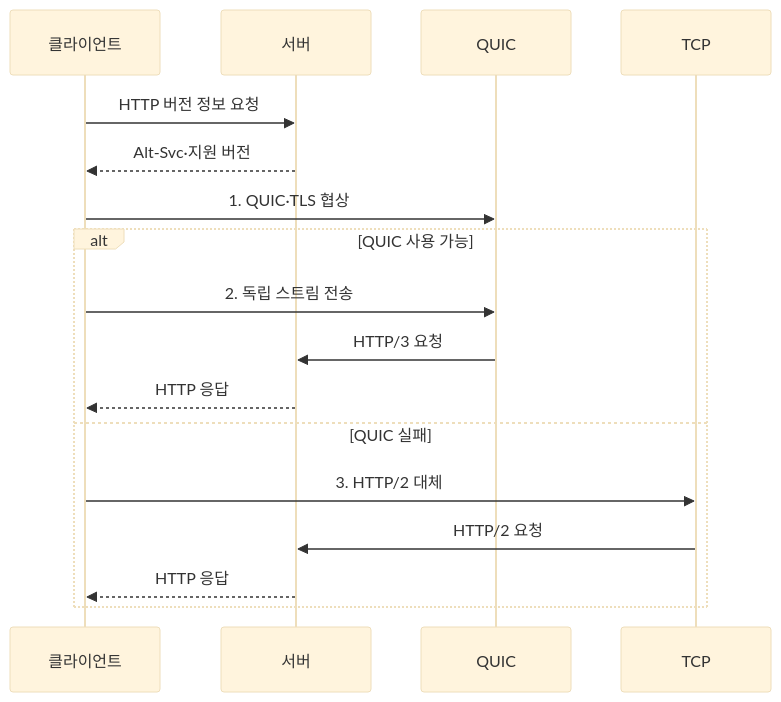
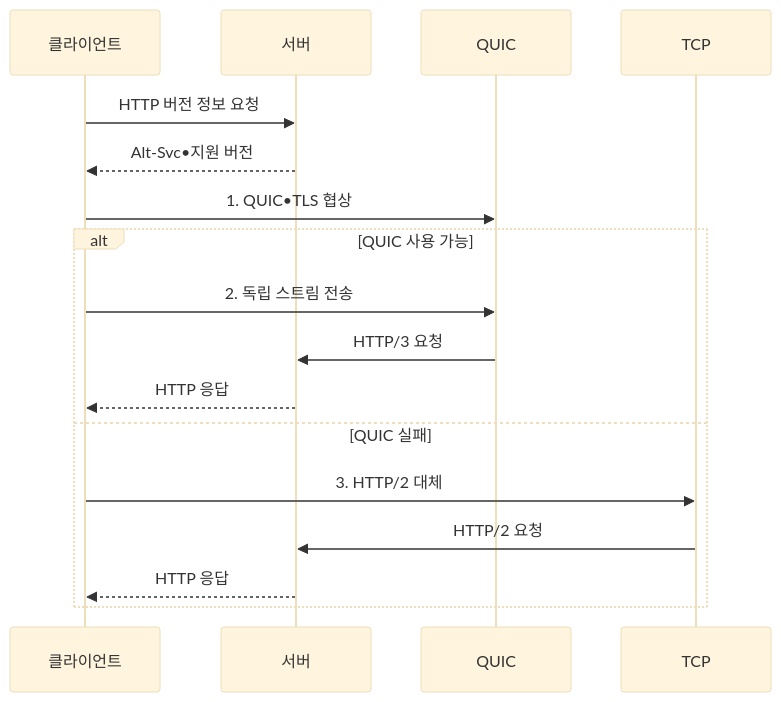
Before and after one commit to agnusdei1207/knowledge-base: the second of 2 diagrams in src/content/docs/notes/04-network/108_http2_http3_comparison.md, drawn with Mermaid (base theme). The commit also changed other lines of this file and 953 other files, not shown here.

````diff
--- a/src/content/docs/notes/04-network/108_http2_http3_comparison.md
+++ b/src/content/docs/notes/04-network/108_http2_http3_comparison.md
@@ -106,19 +106,19 @@
 ```mermaid
 sequenceDiagram
     participant 클라이언트
     participant 서버
     participant QUIC
     participant TCP
     클라이언트->>서버: HTTP 버전 정보 요청
-    서버-->>클라이언트: Alt-Svc·지원 버전
-    클라이언트->>QUIC: 1. QUIC·TLS 협상
+    서버-->>클라이언트: Alt-Svc•지원 버전
+    클라이언트->>QUIC: 1. QUIC•TLS 협상
     alt QUIC 사용 가능
         클라이언트->>QUIC: 2. 독립 스트림 전송
         QUIC->>서버: HTTP/3 요청
         서버-->>클라이언트: HTTP 응답
     else QUIC 실패
         클라이언트->>TCP: 3. HTTP/2 대체
         TCP->>서버: HTTP/2 요청
         서버-->>클라이언트: HTTP 응답
     end
 ```
````
